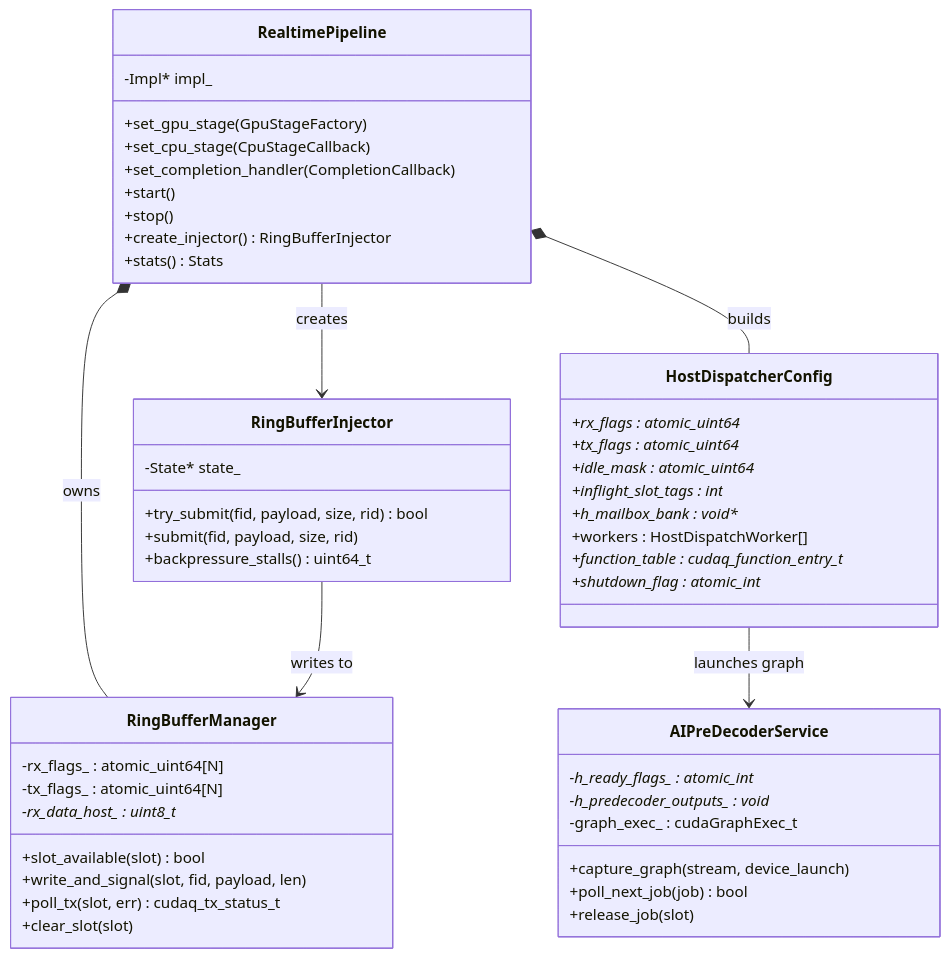
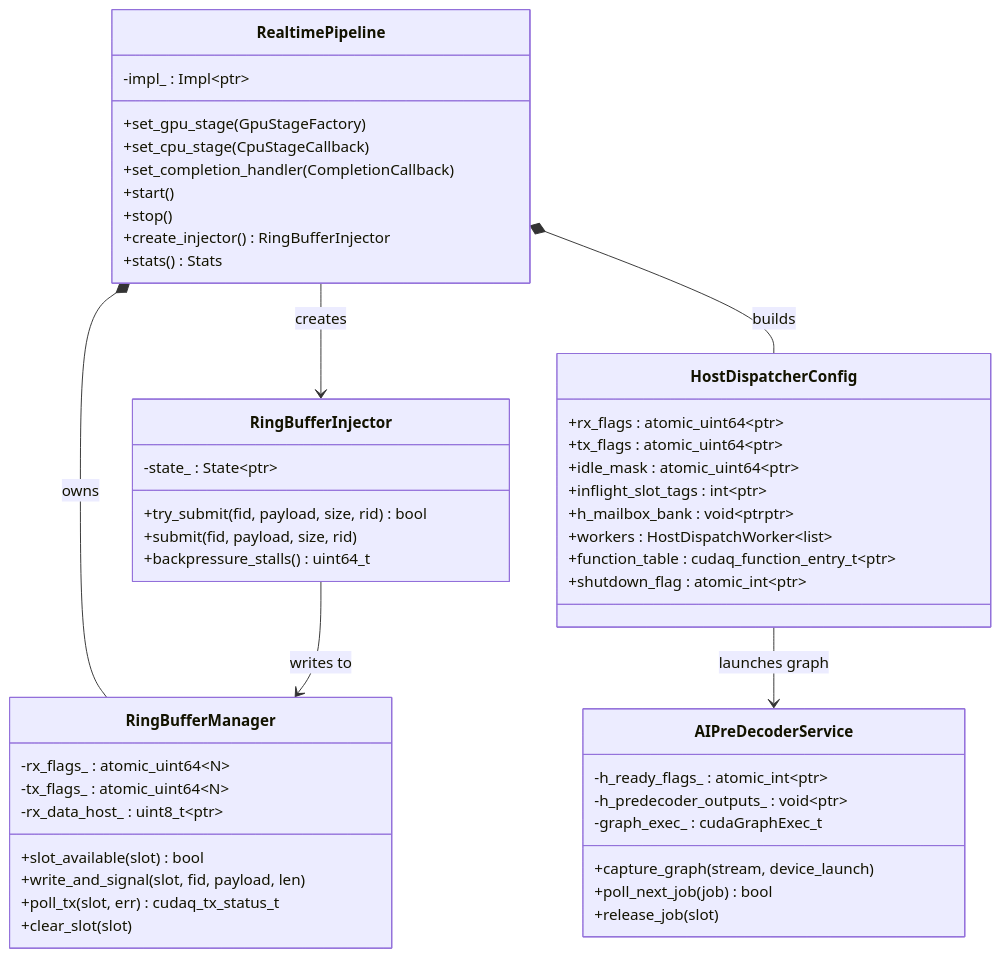
One commit to wsttiger/cudaqx changed the first of 7 diagrams in docs/realtime_pipeline_architecture.md. Above: the diagram before and after it, drawn with Mermaid. The commit also changed other lines of this file, not shown here.

Commit message:
Fixed errors in mermaid diagram

````diff
--- a/docs/realtime_pipeline_architecture.md
+++ b/docs/realtime_pipeline_architecture.md
@@ -5,56 +5,56 @@
 ```mermaid
 classDiagram
     class RealtimePipeline {
-        -Impl* impl_
+        -impl_ : Impl~ptr~
         +set_gpu_stage(GpuStageFactory)
         +set_cpu_stage(CpuStageCallback)
         +set_completion_handler(CompletionCallback)
         +start()
         +stop()
         +create_injector() RingBufferInjector
         +stats() Stats
     }
 
     class RingBufferInjector {
-        -State* state_
+        -state_ : State~ptr~
         +try_submit(fid, payload, size, rid) bool
         +submit(fid, payload, size, rid)
         +backpressure_stalls() uint64_t
     }
 
     class RingBufferManager {
-        -rx_flags_ : atomic_uint64[N]
-        -tx_flags_ : atomic_uint64[N]
-        -rx_data_host_ : uint8_t*
+        -rx_flags_ : atomic_uint64~N~
+        -tx_flags_ : atomic_uint64~N~
+        -rx_data_host_ : uint8_t~ptr~
         +slot_available(slot) bool
         +write_and_signal(slot, fid, payload, len)
         +poll_tx(slot, err) cudaq_tx_status_t
         +clear_slot(slot)
     }
 
     class HostDispatcherConfig {
-        +rx_flags : atomic_uint64*
-        +tx_flags : atomic_uint64*
-        +idle_mask : atomic_uint64*
-        +inflight_slot_tags : int*
-        +h_mailbox_bank : void**
-        +workers : HostDispatchWorker[]
-        +function_table : cudaq_function_entry_t*
-        +shutdown_flag : atomic_int*
+        +rx_flags : atomic_uint64~ptr~
+        +tx_flags : atomic_uint64~ptr~
+        +idle_mask : atomic_uint64~ptr~
+        +inflight_slot_tags : int~ptr~
+        +h_mailbox_bank : void~ptrptr~
+        +workers : HostDispatchWorker~list~
+        +function_table : cudaq_function_entry_t~ptr~
+        +shutdown_flag : atomic_int~ptr~
     }
 
     class AIPreDecoderService {
-        -h_ready_flags_ : atomic_int*
-        -h_predecoder_outputs_ : void*
+        -h_ready_flags_ : atomic_int~ptr~
+        -h_predecoder_outputs_ : void~ptr~
         -graph_exec_ : cudaGraphExec_t
         +capture_graph(stream, device_launch)
         +poll_next_job(job) bool
         +release_job(slot)
     }
 
     RealtimePipeline *-- RingBufferManager : owns
     RealtimePipeline *-- HostDispatcherConfig : builds
     RealtimePipeline --> RingBufferInjector : creates
     RingBufferInjector --> RingBufferManager : writes to
     HostDispatcherConfig --> AIPreDecoderService : launches graph
 ```
````
